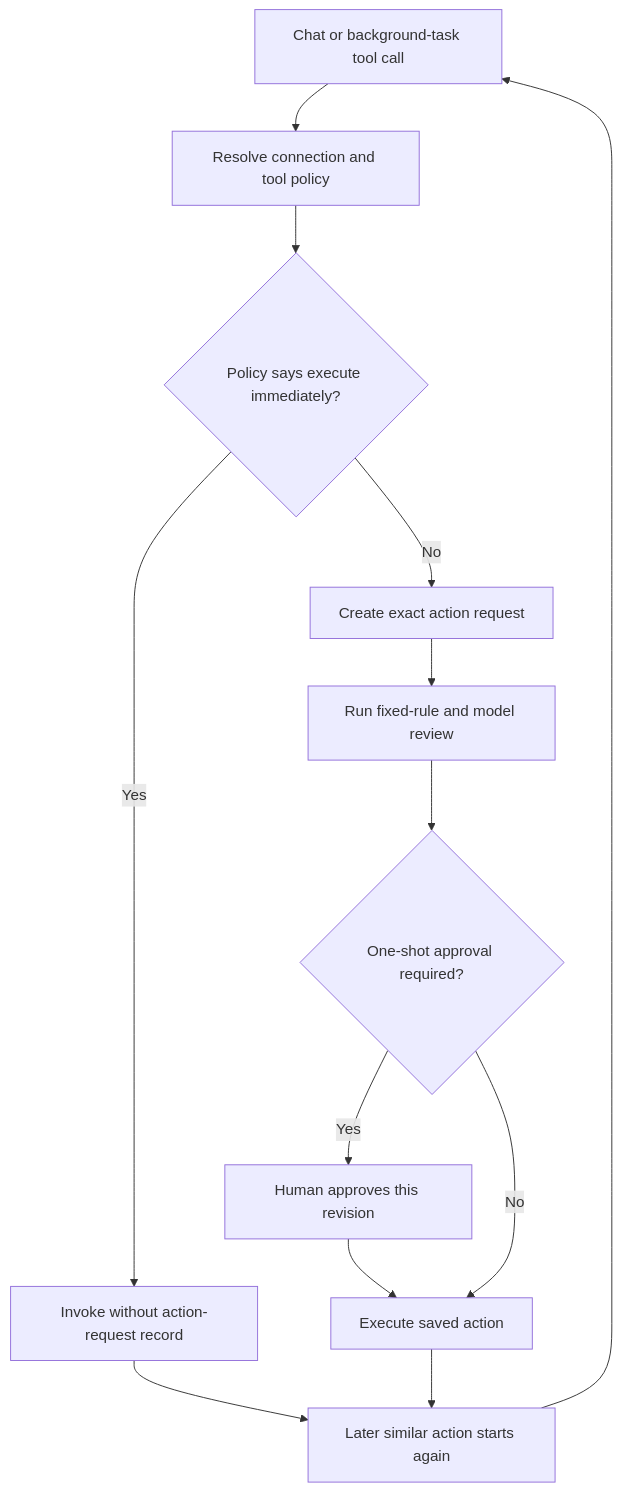
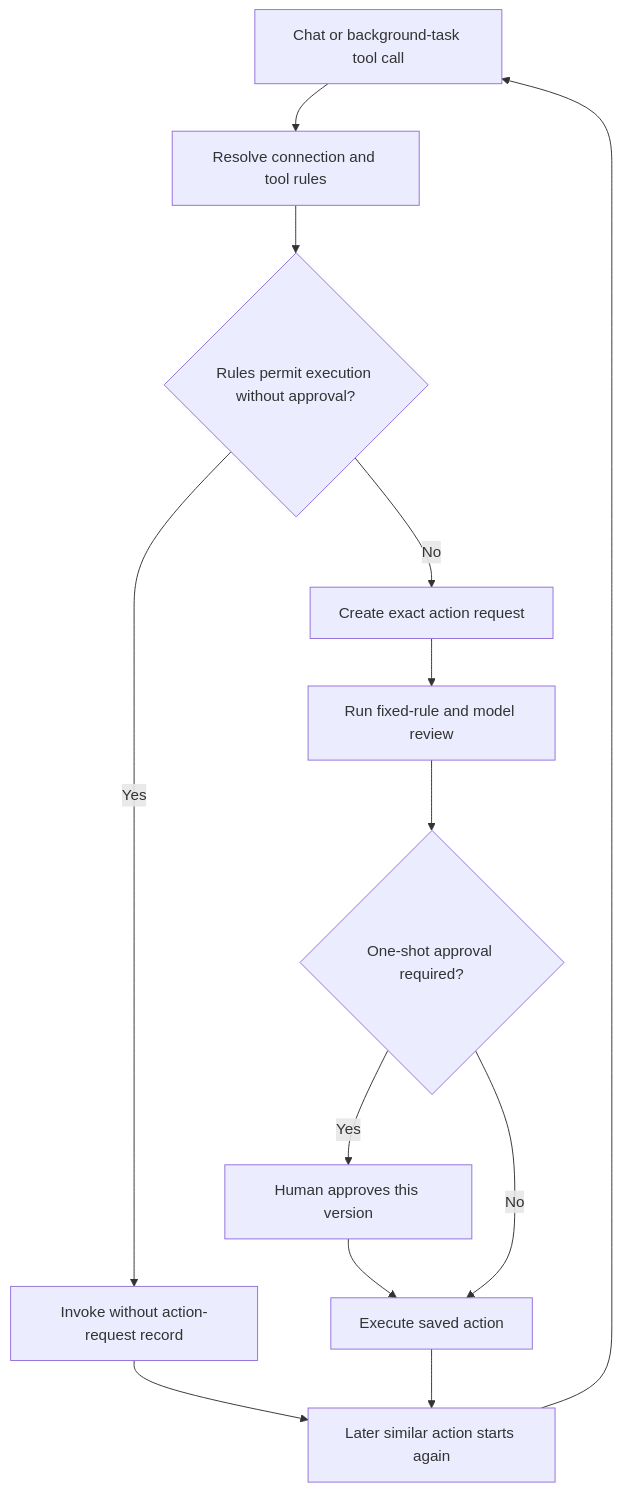
Before and after one commit to kpsuperplane/Noema: diagram 25 of 29 in docs/superpowers/plans/2026-08-08-noema-practical-reliability-roadmap.md, drawn with Mermaid. The commit also changed other lines of this file, not shown here.

Commit message:
docs: apply plain terms across roadmap

````diff
--- a/docs/superpowers/plans/2026-08-08-noema-practical-reliability-roadmap.md
+++ b/docs/superpowers/plans/2026-08-08-noema-practical-reliability-roadmap.md
@@ -1504,20 +1511,20 @@
 ```mermaid
 flowchart TD
     A["Chat or background-task tool call"]
-    B["Resolve connection and tool policy"]
-    C{"Policy says execute immediately?"}
+    B["Resolve connection and tool rules"]
+    C{"Rules permit execution without approval?"}
     D["Invoke without action-request record"]
     E["Create exact action request"]
     F["Run fixed-rule and model review"]
     G{"One-shot approval required?"}
-    H["Human approves this revision"]
+    H["Human approves this version"]
     I["Execute saved action"]
     J["Later similar action starts again"]
 
     A --> B --> C
     C -->|Yes| D --> J
     C -->|No| E --> F --> G
     G -->|Yes| H --> I
     G -->|No| I
     I --> J --> A
 ```
````
